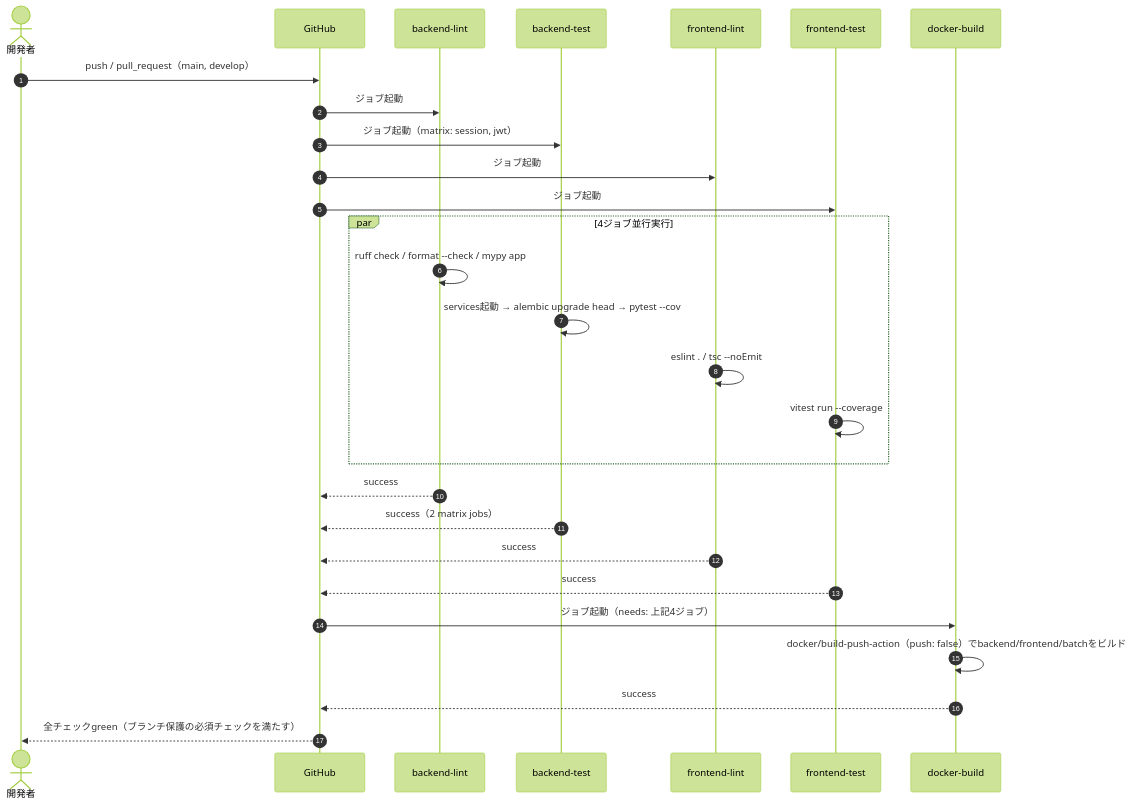
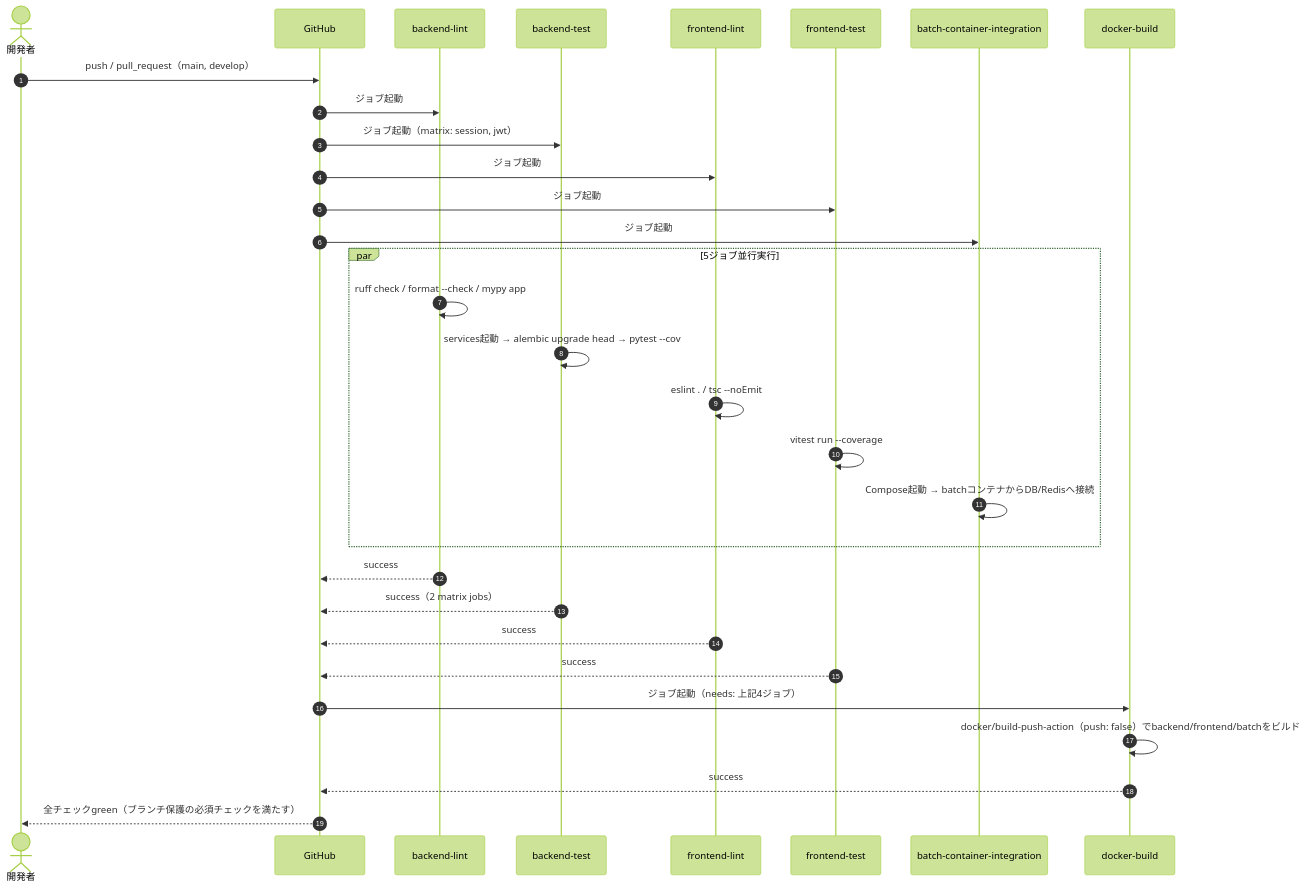
One commit to oikawa-d/task_management changed the first of 4 diagrams in docs/detailed_design/infra/05_ci_workflow.md. Above: the diagram before and after it, drawn with Mermaid (forest theme). The commit also changed other lines of this file and 9 other files, not shown here.

````diff
--- a/docs/detailed_design/infra/05_ci_workflow.md
+++ b/docs/detailed_design/infra/05_ci_workflow.md
@@ -56,31 +57,34 @@
 ```mermaid
 sequenceDiagram
     autonumber
     actor DEV as 開発者
     participant GH as GitHub
     participant BL as backend-lint
     participant BT as backend-test
     participant FL as frontend-lint
     participant FT as frontend-test
+    participant BI as batch-container-integration
     participant DB as docker-build
 
     DEV->>GH: push / pull_request（main, develop）
     GH->>BL: ジョブ起動
     GH->>BT: ジョブ起動（matrix: session, jwt）
     GH->>FL: ジョブ起動
     GH->>FT: ジョブ起動
-    par 4ジョブ並行実行
+    GH->>BI: ジョブ起動
+    par 5ジョブ並行実行
         BL->>BL: ruff check / format --check / mypy app
         BT->>BT: services起動 → alembic upgrade head → pytest --cov
         FL->>FL: eslint . / tsc --noEmit
         FT->>FT: vitest run --coverage
+        BI->>BI: Compose起動 → batchコンテナからDB/Redisへ接続
     end
     BL-->>GH: success
     BT-->>GH: success（2 matrix jobs）
     FL-->>GH: success
     FT-->>GH: success
     GH->>DB: ジョブ起動（needs: 上記4ジョブ）
     DB->>DB: docker/build-push-action（push: false）でbackend/frontend/batchをビルド
     DB-->>GH: success
     GH-->>DEV: 全チェックgreen（ブランチ保護の必須チェックを満たす）
 ```
````
